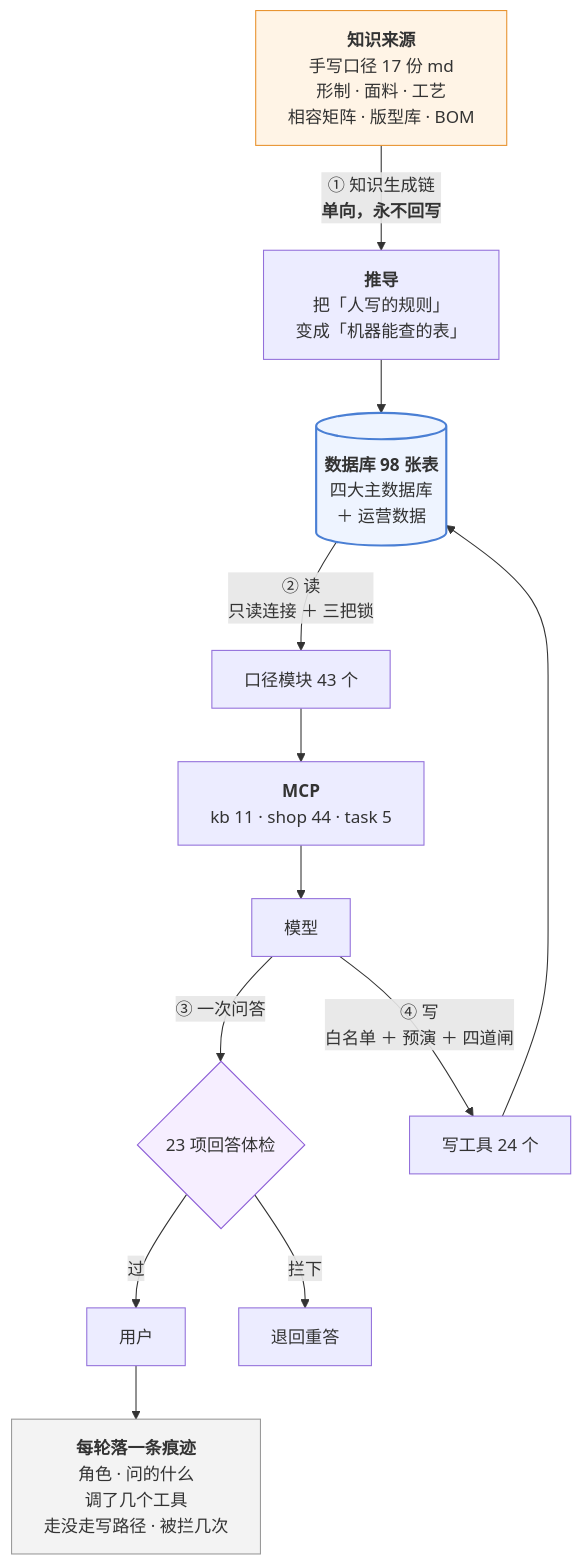
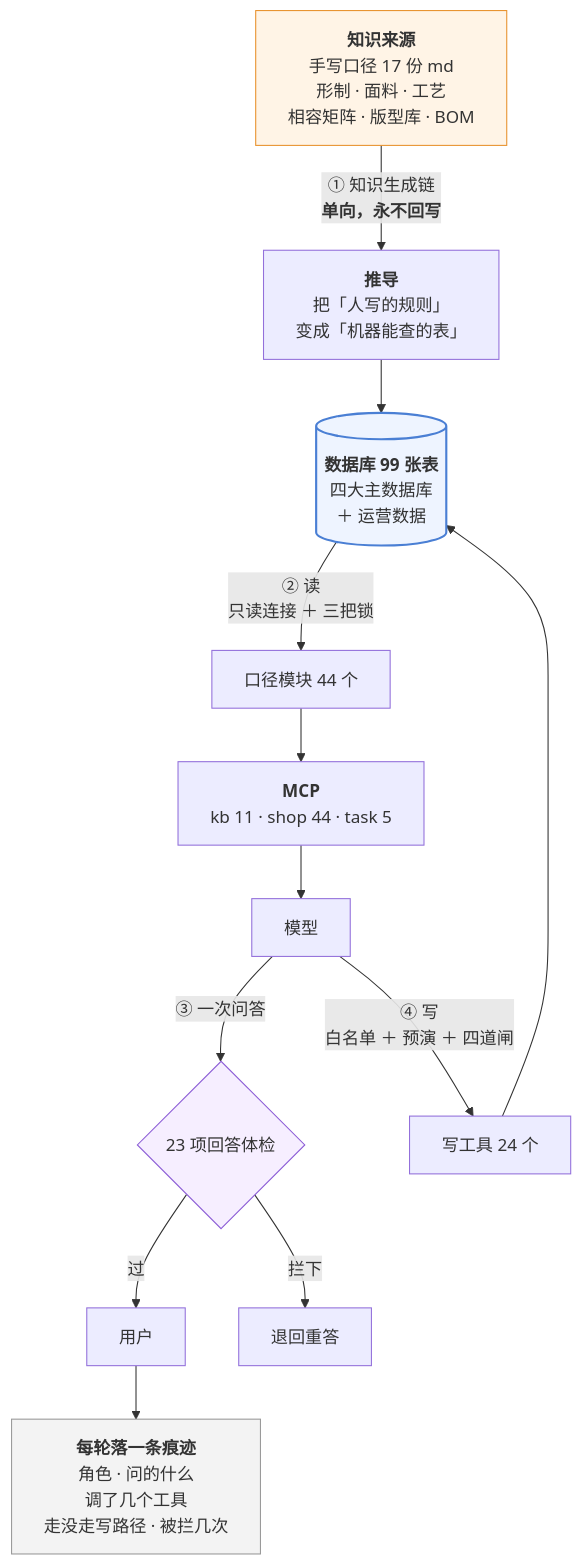
One commit to 843773296-rgb/lanxiu-yunshang-agent changed the third of 3 diagrams in 澜绣云裳agent-产品说明.md. Above: the diagram before and after it, drawn with Mermaid. The commit also changed other lines of this file and 16 other files, not shown here.

````diff
--- a/澜绣云裳agent-产品说明.md
+++ b/澜绣云裳agent-产品说明.md
@@ -867,24 +867,24 @@
 ```mermaid
 flowchart TD
     MD["<b>知识来源</b><br/>手写口径 17 份 md<br/>形制 · 面料 · 工艺<br/>相容矩阵 · 版型库 · BOM"]
     MD -->|"① 知识生成链<br/><b>单向，永不回写</b>"| DV["<b>推导</b><br/>把「人写的规则」<br/>变成「机器能查的表」"]
-    DV --> DB[("<b>数据库 98 张表</b><br/>四大主数据库<br/>＋ 运营数据")]
+    DV --> DB[("<b>数据库 99 张表</b><br/>四大主数据库<br/>＋ 运营数据")]
 
-    DB -->|"② 读<br/>只读连接 ＋ 三把锁"| KJ["口径模块 43 个"]
+    DB -->|"② 读<br/>只读连接 ＋ 三把锁"| KJ["口径模块 44 个"]
     KJ --> MCP["<b>MCP</b><br/>kb 11 · shop 44 · task 5"]
     MCP --> LLM["模型"]
 
     LLM -->|"③ 一次问答"| GD{"23 项回答体检"}
     GD -- 过 --> U["用户"]
     GD -- 拦下 --> RE["退回重答"]
 
     LLM -->|"④ 写<br/>白名单 ＋ 预演 ＋ 四道闸"| W["写工具 24 个"]
     W --> DB
 
     U --> TR["<b>每轮落一条痕迹</b><br/>角色 · 问的什么<br/>调了几个工具<br/>走没走写路径 · 被拦几次"]
 
     style MD fill:#fff4e6,stroke:#e8912d
     style DB fill:#eef4ff,stroke:#4a7fd4,stroke-width:2px
     style GD fill:#f6eeff,stroke:#8b5cd6
     style TR fill:#f3f3f3,stroke:#999
 ```
````
